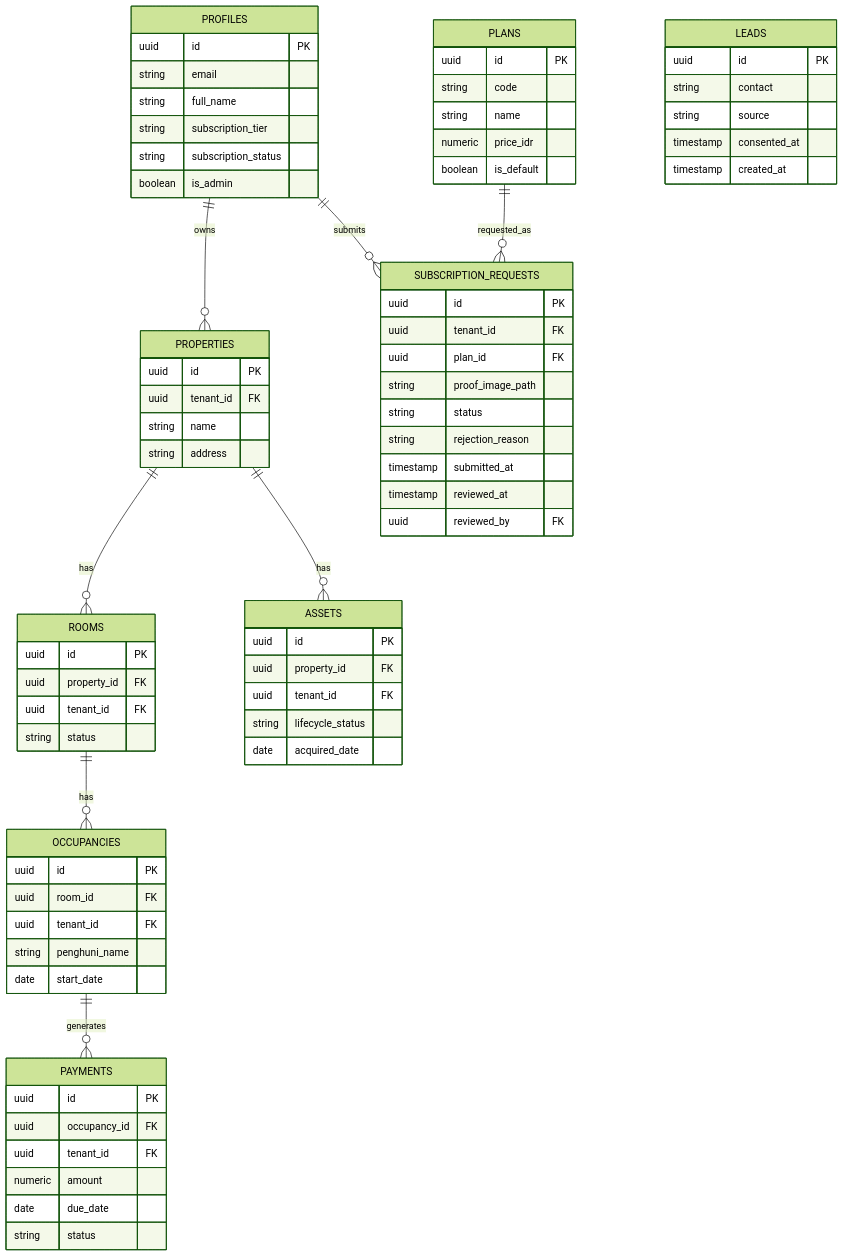
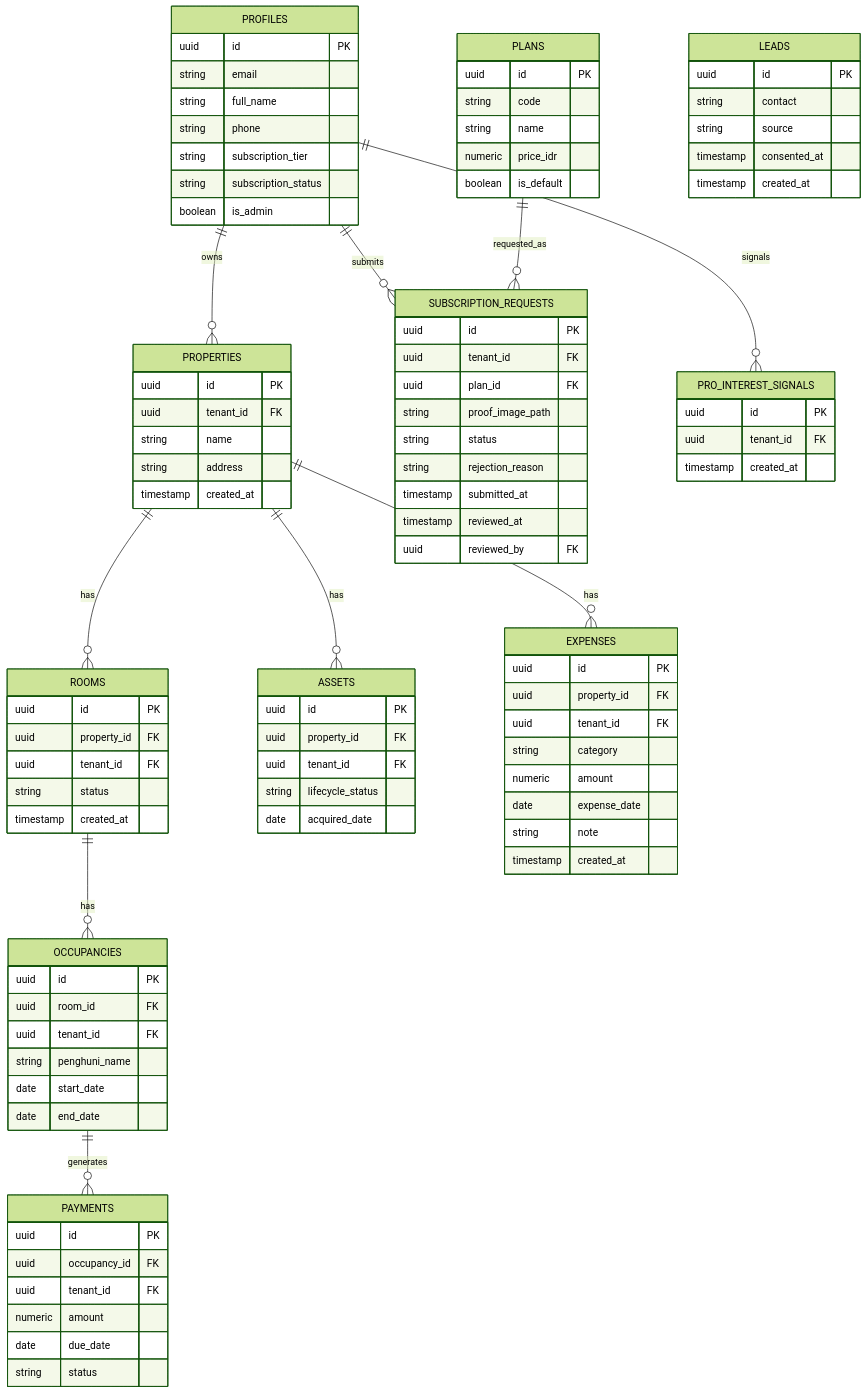
Before and after one commit to carel10/sistem-manajemen-kos: the diagram in docs/Architecture.md, drawn with Mermaid (forest theme). The commit also changed other lines of this file and 6 other files, not shown here.

````diff
--- a/docs/Architecture.md
+++ b/docs/Architecture.md
@@ -377,7 +386,9 @@
   ROOMS ||--o{ OCCUPANCIES : has
   OCCUPANCIES ||--o{ PAYMENTS : generates
   PROPERTIES ||--o{ ASSETS : has
+  PROPERTIES ||--o{ EXPENSES : has
   PROFILES ||--o{ SUBSCRIPTION_REQUESTS : submits
+  PROFILES ||--o{ PRO_INTEREST_SIGNALS : signals
   PLANS ||--o{ SUBSCRIPTION_REQUESTS : requested_as
   LEADS {
     uuid id PK
@@ -390,6 +401,7 @@
     uuid id PK
     string email
     string full_name
+    string phone
     string subscription_tier
     string subscription_status
     boolean is_admin
@@ -417,12 +429,14 @@
     uuid tenant_id FK
     string name
     string address
+    timestamp created_at
   }
   ROOMS {
     uuid id PK
     uuid property_id FK
     uuid tenant_id FK
     string status
+    timestamp created_at
   }
   OCCUPANCIES {
     uuid id PK
@@ -430,6 +444,7 @@
     uuid tenant_id FK
     string penghuni_name
     date start_date
+    date end_date
   }
   PAYMENTS {
     uuid id PK
@@ -446,4 +461,19 @@
     string lifecycle_status
     date acquired_date
   }
+  EXPENSES {
+    uuid id PK
+    uuid property_id FK
+    uuid tenant_id FK
+    string category
+    numeric amount
+    date expense_date
+    string note
+    timestamp created_at
+  }
+  PRO_INTEREST_SIGNALS {
+    uuid id PK
+    uuid tenant_id FK
+    timestamp created_at
+  }
 ```
````
